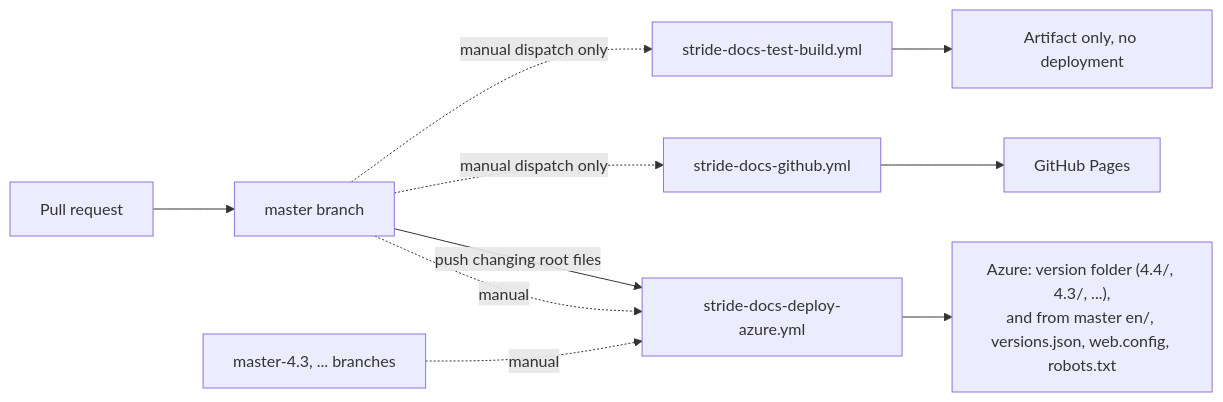
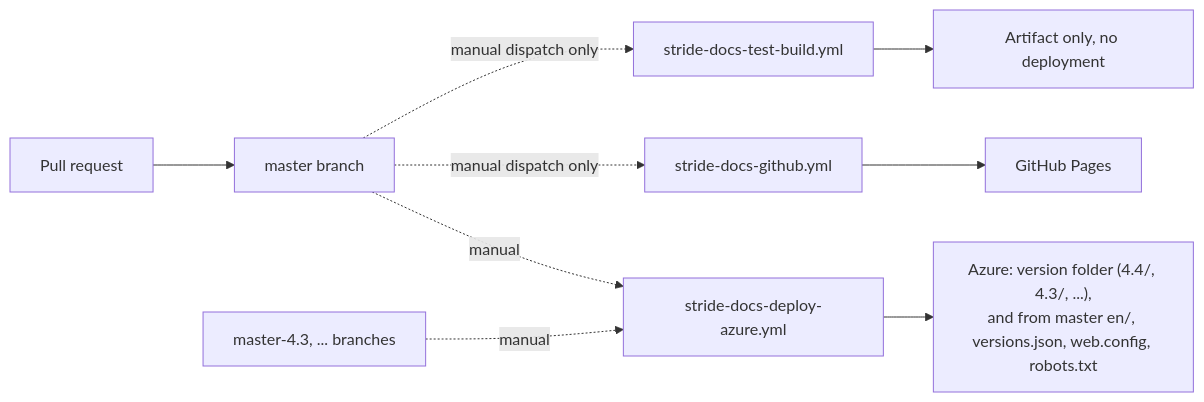
One commit to stride3d/stride-docs changed the first of 3 diagrams in en/contributors/documentation/github-actions.md. Above: the diagram before and after it, drawn with Mermaid. The commit also changed other lines of this file and 2 other files, not shown here.

Commit message:
Deploy workflow: no push trigger, the root files are deployed like the rest, by a manual run (all from master deploys them)

````diff
--- a/en/contributors/documentation/github-actions.md
+++ b/en/contributors/documentation/github-actions.md
@@ -15,13 +15,12 @@
 ``` mermaid
 flowchart LR
     PR[Pull request] --> master[master branch]
     master -.->|manual| WD[stride-docs-deploy-azure.yml]
     old[master-4.3, ... branches] -.->|manual| WD
-    master -->|push changing root files| WD
     master -.->|manual dispatch only| WG[stride-docs-github.yml]
     master -.->|manual dispatch only| WT[stride-docs-test-build.yml]
 
     WD --> AV["Azure: version folder (4.4/, 4.3/, ...),<br/>and from master en/, versions.json, web.config, robots.txt"]
     WG --> GH[GitHub Pages]
     WT --> AA[Artifact only, no deployment]
 ```
````
